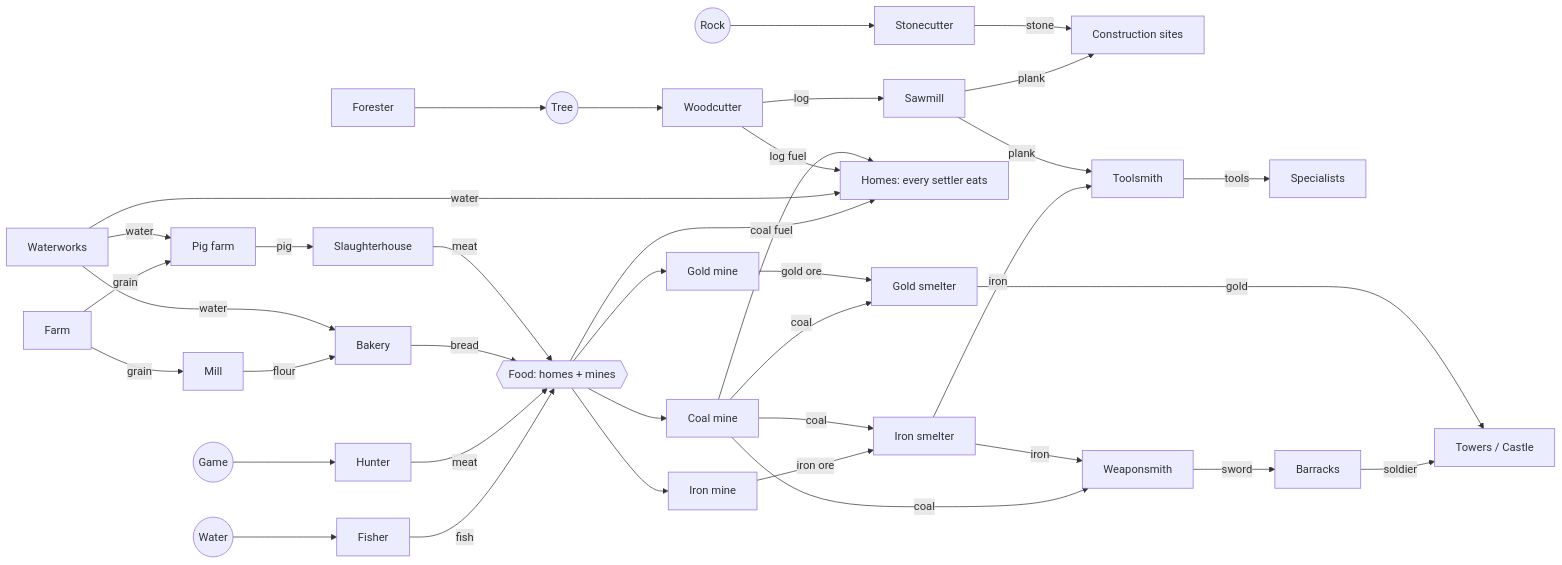
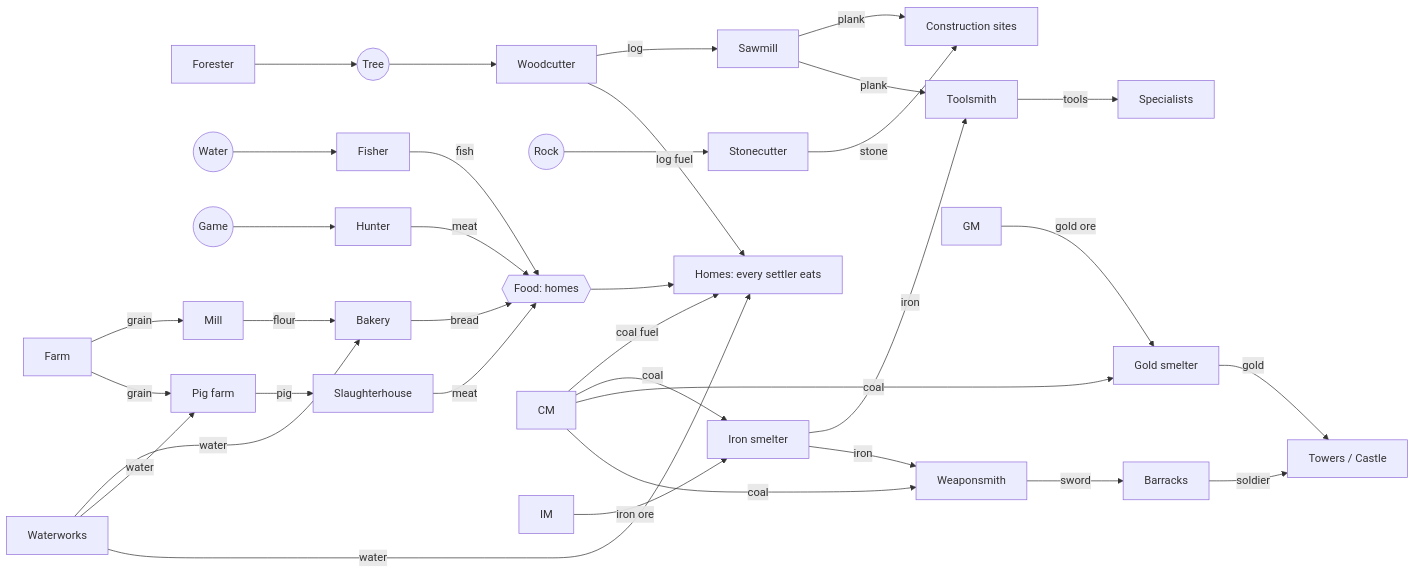
The first of 2 diagrams in docs/06-economy.md (1223Joker/rebuild), drawn with Mermaid before and after one commit. The commit also changed other lines of this file and 16 other files, not shown here.

First line of the commit message:
feat(m2): storage capacity and mines without food

````diff
--- a/docs/06-economy.md
+++ b/docs/06-economy.md
@@ -38,27 +38,26 @@
 ```mermaid
 flowchart LR
   tree((Tree)) --> WC[Woodcutter] -->|log| SM[Sawmill] -->|plank| CON[Construction sites]
   FO[Forester] --> tree
   rock((Rock)) --> SC[Stonecutter] -->|stone| CON
-  fishw((Water)) --> FI[Fisher] -->|fish| FOOD{{Food: homes + mines}}
+  fishw((Water)) --> FI[Fisher] -->|fish| FOOD{{Food: homes}}
   game((Game)) --> HU[Hunter] -->|meat| FOOD
   FA[Farm] -->|grain| MI[Mill] -->|flour| BA[Bakery]
   WW[Waterworks] -->|water| BA
   BA -->|bread| FOOD
   FA -->|grain| PF[Pig farm]
   WW -->|water| PF
   PF -->|pig| SH[Slaughterhouse] -->|meat| FOOD
-  FOOD --> CM[Coal mine] & IM[Iron mine] & GM[Gold mine]
   FOOD --> HOME[Homes: every settler eats]
   WW -->|water| HOME
   WC -->|log fuel| HOME
   CM -->|coal fuel| HOME
   IM -->|iron ore| IS[Iron smelter]
   CM -->|coal| IS & GS[Gold smelter] & WS[Weaponsmith]
   GM -->|gold ore| GS
   IS -->|iron| TS[Toolsmith] & WS
   SM -->|plank| TS
   TS -->|tools| SET[Specialists]
   WS -->|sword| BK[Barracks] -->|soldier| MIL[Towers / Castle]
   GS -->|gold| MIL
 ```
````
